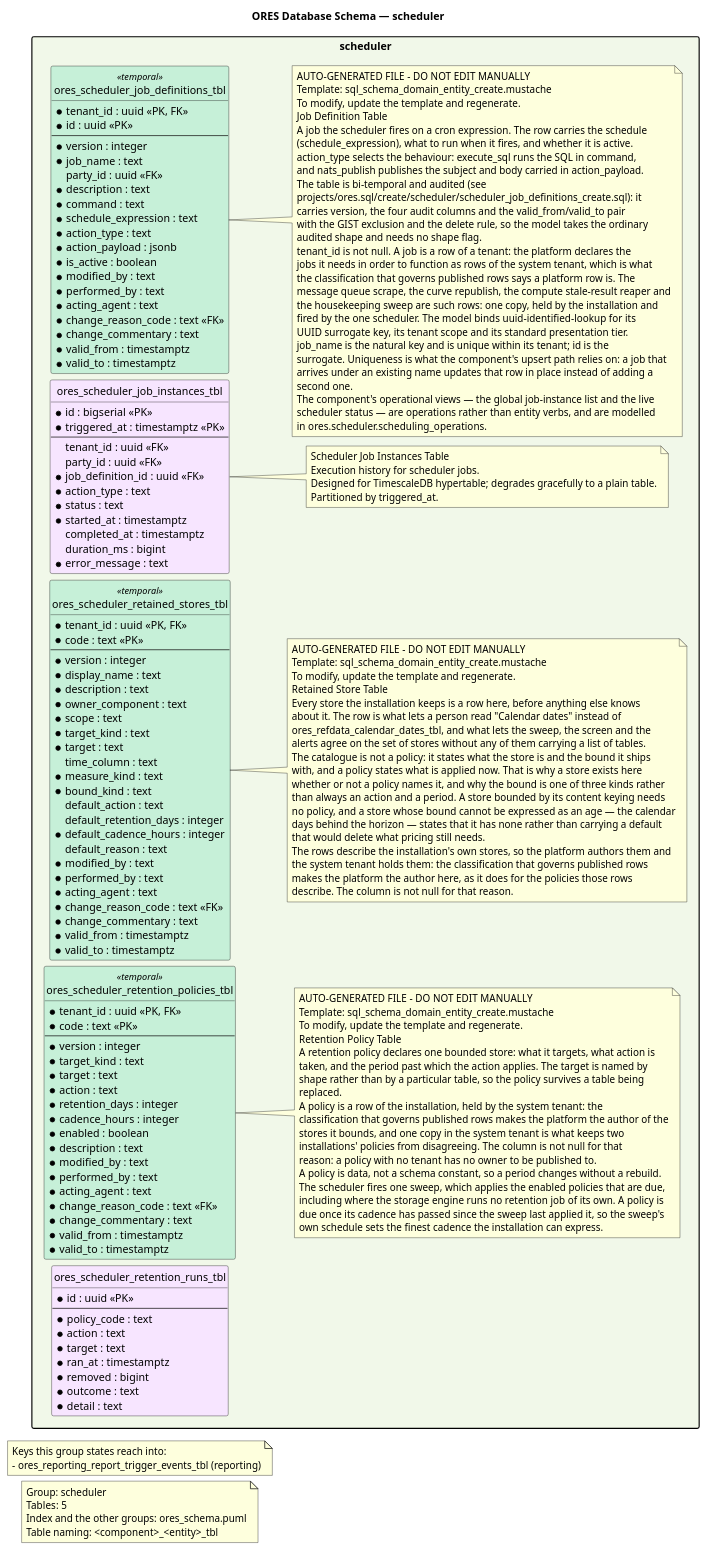
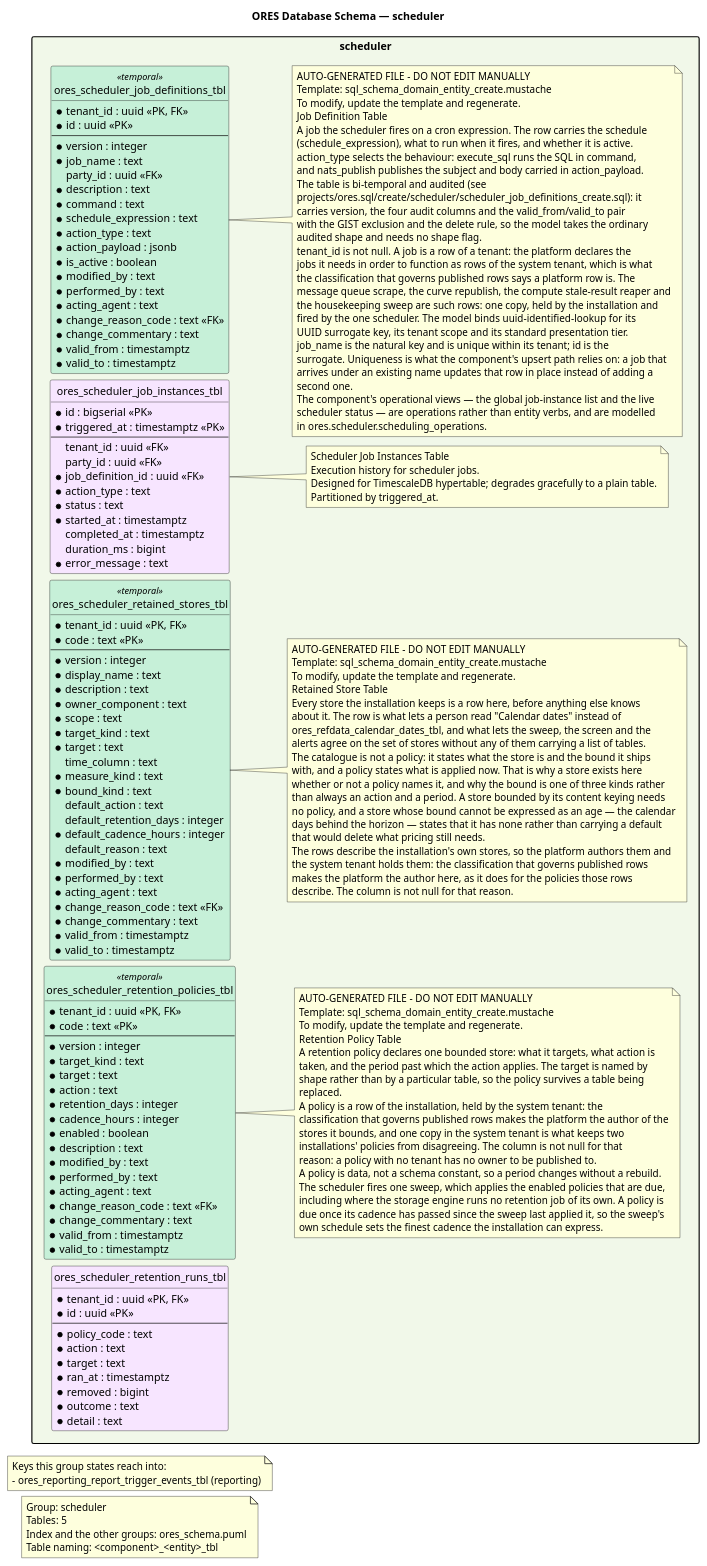
One commit to OreStudio/OreStudio changed the diagram in projects/ores.sql/modeling/ores_schema.scheduler.puml. Above: the diagram before and after it, drawn with PlantUML. The commit also changed 8 other files, not shown here.

```diff
--- a/projects/ores.sql/modeling/ores_schema.scheduler.puml
+++ b/projects/ores.sql/modeling/ores_schema.scheduler.puml
@@ -212,6 +212,7 @@
     end note
 
     entity ores_scheduler_retention_runs_tbl  #F7E5FF {
+        * tenant_id : uuid <<PK, FK>>
         * id : uuid <<PK>>
         --
         * policy_code : text
```
